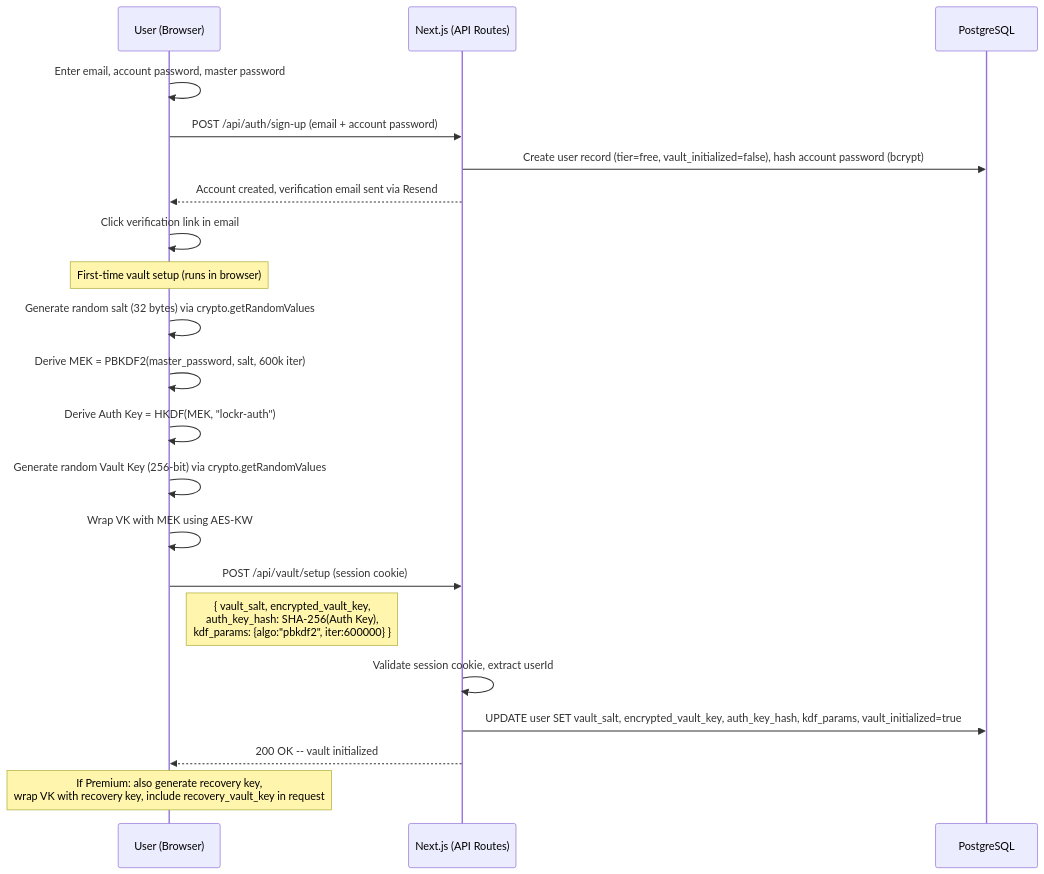
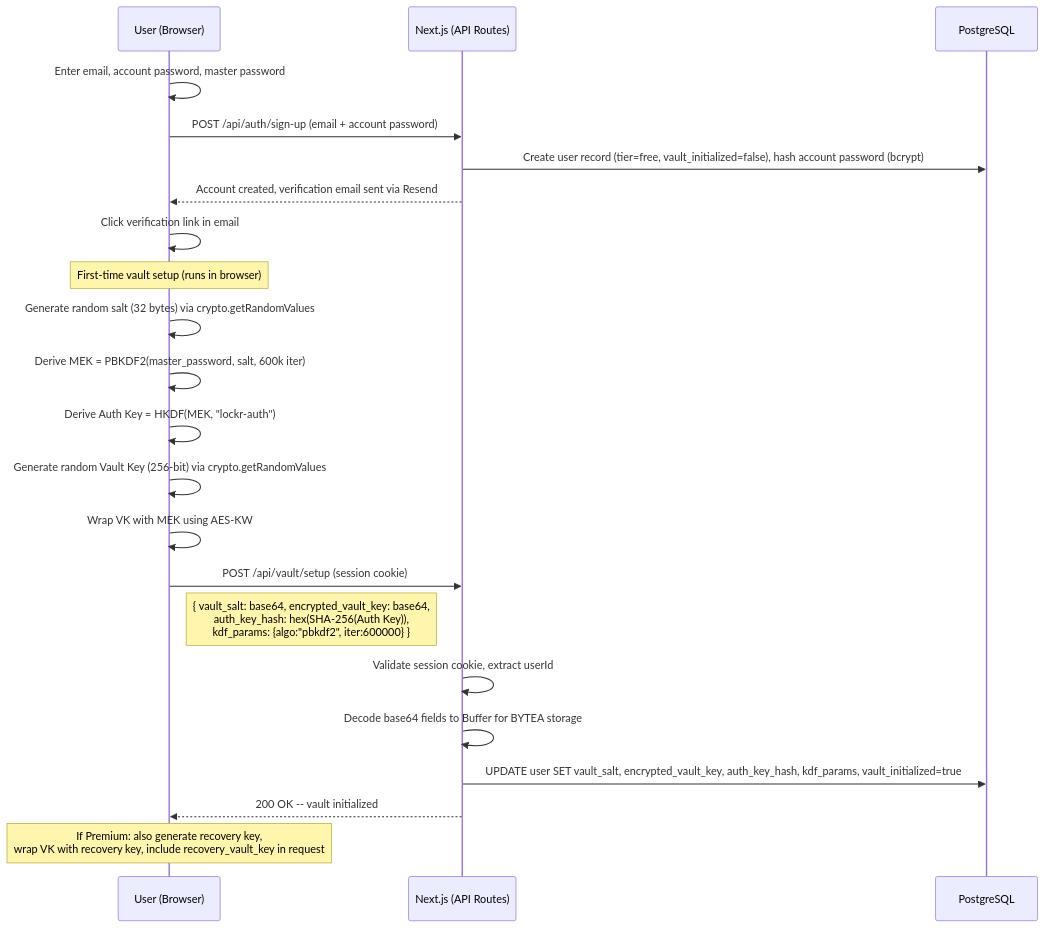
Before and after one commit to kunalsinghdadhwal/lockr: the fourth of 8 diagrams in docs/ARCHITECTURE.md, drawn with Mermaid. The commit also changed other lines of this file, not shown here.

````diff
--- a/docs/ARCHITECTURE.md
+++ b/docs/ARCHITECTURE.md
@@ -285,27 +301,28 @@
 ```mermaid
 sequenceDiagram
     participant U as User (Browser)
     participant N as Next.js (API Routes)
     participant DB as PostgreSQL
 
     U->>U: Enter email, account password, master password
     U->>N: POST /api/auth/sign-up (email + account password)
     N->>DB: Create user record (tier=free, vault_initialized=false), hash account password (bcrypt)
     N-->>U: Account created, verification email sent via Resend
     U->>U: Click verification link in email
 
     Note over U: First-time vault setup (runs in browser)
     U->>U: Generate random salt (32 bytes) via crypto.getRandomValues
     U->>U: Derive MEK = PBKDF2(master_password, salt, 600k iter)
     U->>U: Derive Auth Key = HKDF(MEK, "lockr-auth")
     U->>U: Generate random Vault Key (256-bit) via crypto.getRandomValues
     U->>U: Wrap VK with MEK using AES-KW
 
     U->>N: POST /api/vault/setup (session cookie)
-    Note right of U: { vault_salt, encrypted_vault_key,<br/>auth_key_hash: SHA-256(Auth Key),<br/>kdf_params: {algo:"pbkdf2", iter:600000} }
+    Note right of U: { vault_salt: base64, encrypted_vault_key: base64,<br/>auth_key_hash: hex(SHA-256(Auth Key)),<br/>kdf_params: {algo:"pbkdf2", iter:600000} }
     N->>N: Validate session cookie, extract userId
+    N->>N: Decode base64 fields to Buffer for BYTEA storage
     N->>DB: UPDATE user SET vault_salt, encrypted_vault_key, auth_key_hash, kdf_params, vault_initialized=true
     N-->>U: 200 OK -- vault initialized
 
     Note over U: If Premium: also generate recovery key,<br/>wrap VK with recovery key, include recovery_vault_key in request
 ```
````
